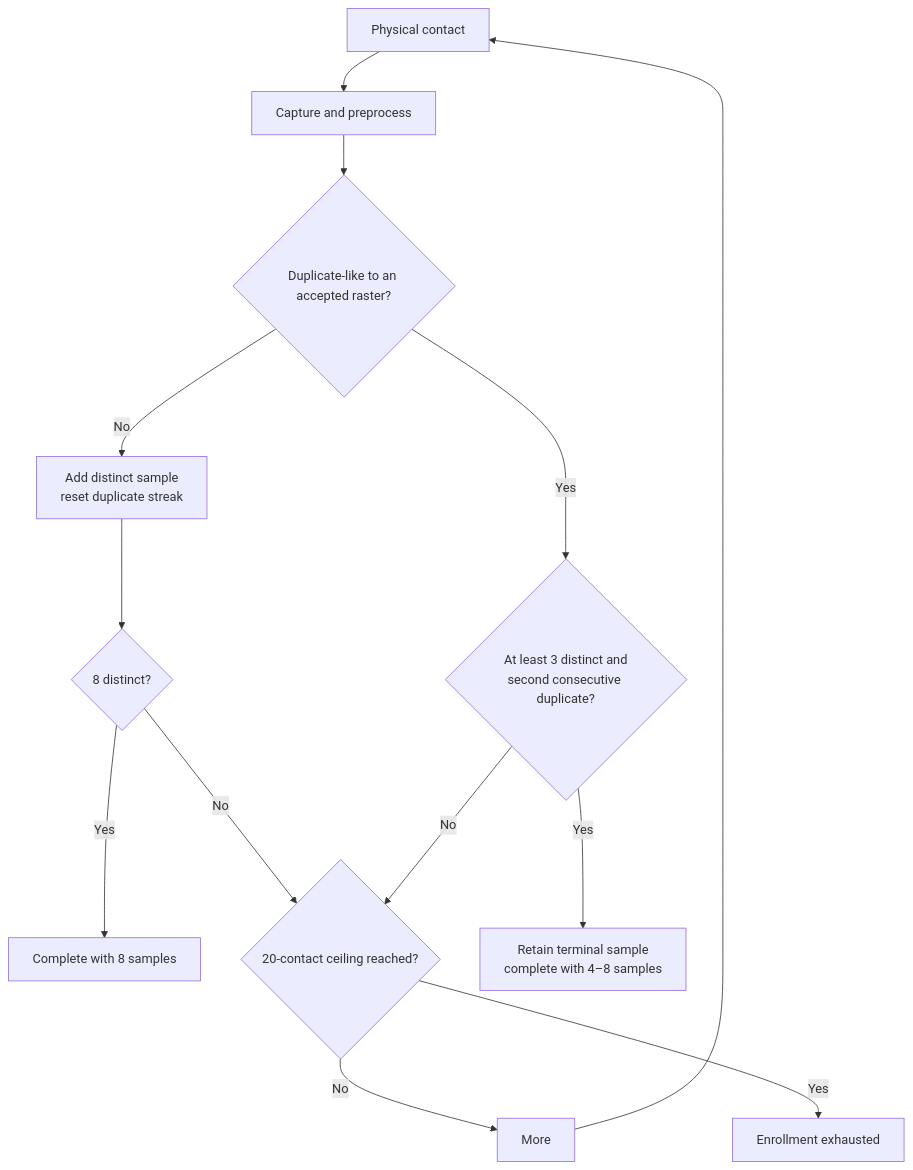
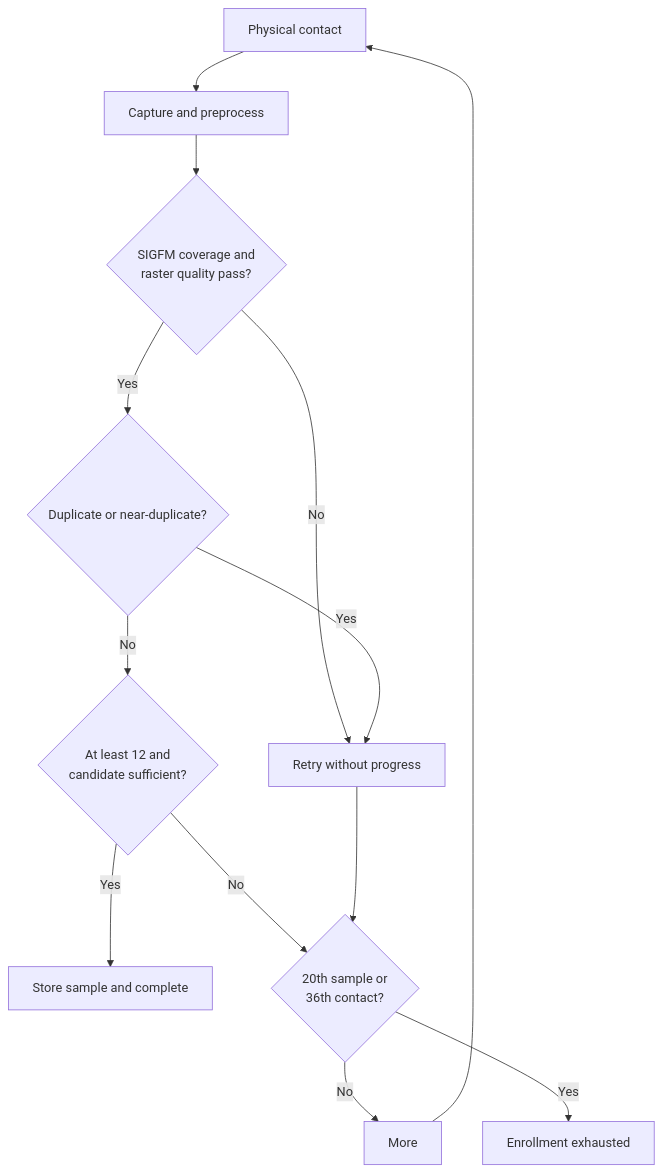
One commit to sorguido/goodix-27c6-5125 changed the fourth of 6 diagrams in TECHNICAL_MANUAL.md. Above: the diagram before and after it, drawn with Mermaid. The commit also changed other lines of this file and 14 other files, not shown here.

````diff
--- a/TECHNICAL_MANUAL.md
+++ b/TECHNICAL_MANUAL.md
@@ -940,15 +956,15 @@
 ```mermaid
 flowchart TD
     Contact["Physical contact"] --> Process["Capture and preprocess"]
-    Process --> Compare{"Duplicate-like to an accepted raster?"}
-    Compare -- No --> Add["Add distinct sample<br/>reset duplicate streak"]
-    Add --> Eight{"8 distinct?"}
-    Eight -- Yes --> Done8["Complete with 8 samples"]
-    Eight -- No --> Limit{"20-contact ceiling reached?"}
-    Compare -- Yes --> Enough{"At least 3 distinct and<br/>second consecutive duplicate?"}
-    Enough -- Yes --> AddFinal["Retain terminal sample<br/>complete with 4–8 samples"]
-    Enough -- No --> Limit
+    Process --> Quality{"SIGFM coverage and<br/>raster quality pass?"}
+    Quality -- No --> Retry["Retry without progress"]
+    Quality -- Yes --> Compare{"Duplicate or near-duplicate?"}
+    Compare -- Yes --> Retry
+    Compare -- No --> Sufficient{"At least 12 and<br/>candidate sufficient?"}
+    Sufficient -- Yes --> Done["Store sample and complete"]
+    Sufficient -- No --> Limit{"20th sample or<br/>36th contact?"}
     Limit -- No --> More
     Limit -- Yes --> Fail["Enrollment exhausted"]
+    Retry --> Limit
     More --> Contact
 ```
````
